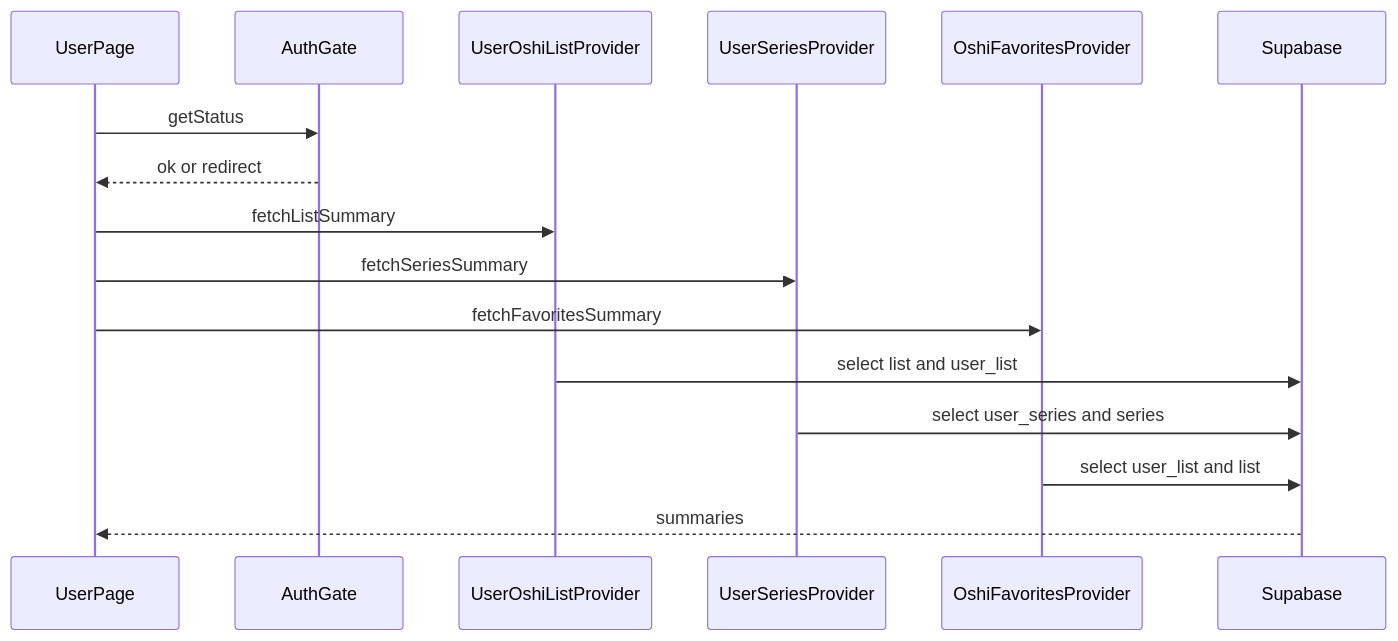
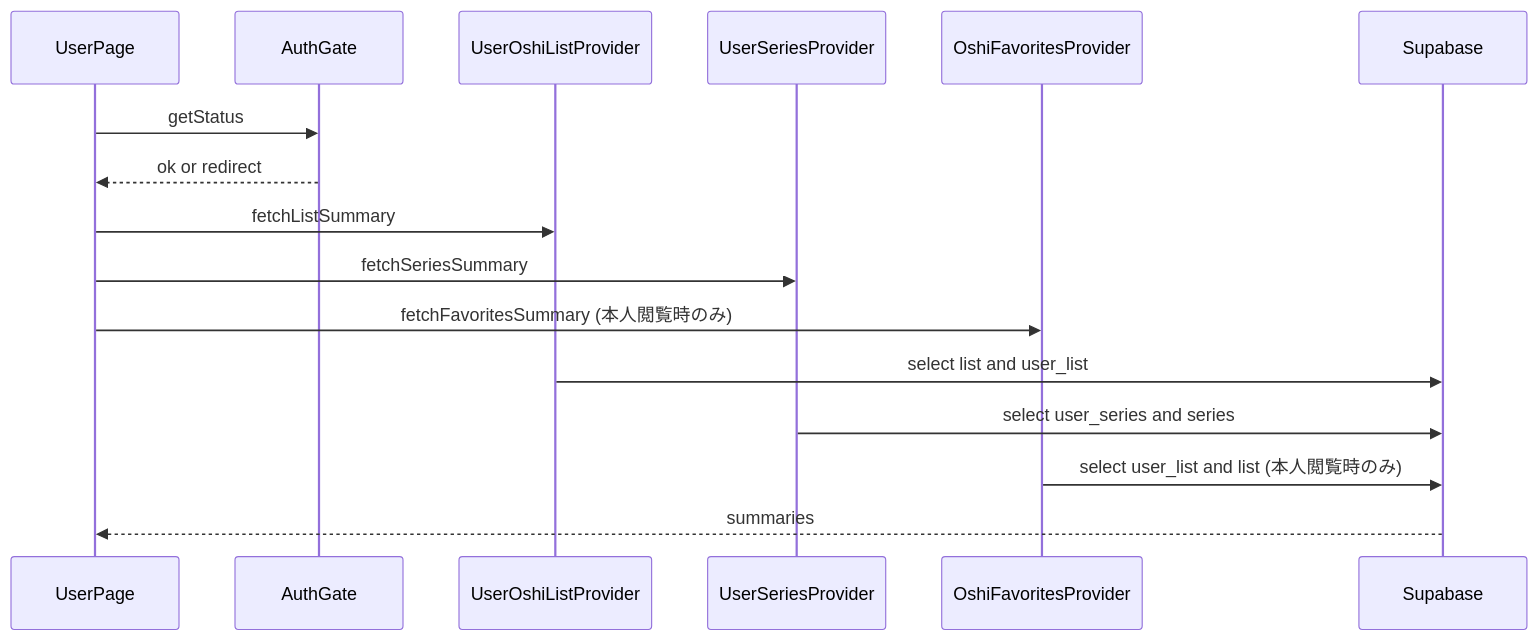
Before and after one commit to arinko39140/mangadouga: the second of 2 diagrams in .kiro/specs/mypage-oshi-sections/design.md, drawn with Mermaid. The commit also changed other lines of this file, not shown here.

Commit message:
Update mypage oshi sections design for visibility rules

````diff
--- a/.kiro/specs/mypage-oshi-sections/design.md
+++ b/.kiro/specs/mypage-oshi-sections/design.md
@@ -97,19 +97,19 @@
 ```mermaid
 sequenceDiagram
   participant UserPage
   participant AuthGate
   participant UserOshiListProvider
   participant UserSeriesProvider
   participant OshiFavoritesProvider
   participant Supabase
 
   UserPage->>AuthGate: getStatus
   AuthGate-->>UserPage: ok or redirect
   UserPage->>UserOshiListProvider: fetchListSummary
   UserPage->>UserSeriesProvider: fetchSeriesSummary
-  UserPage->>OshiFavoritesProvider: fetchFavoritesSummary
+  UserPage->>OshiFavoritesProvider: fetchFavoritesSummary (本人閲覧時のみ)
   UserOshiListProvider->>Supabase: select list and user_list
   UserSeriesProvider->>Supabase: select user_series and series
-  OshiFavoritesProvider->>Supabase: select user_list and list
+  OshiFavoritesProvider->>Supabase: select user_list and list (本人閲覧時のみ)
   Supabase-->>UserPage: summaries
 ```
````
